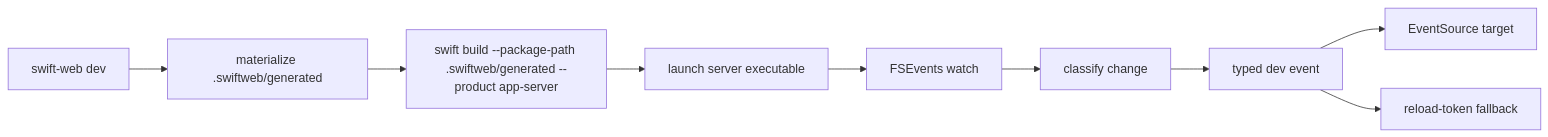
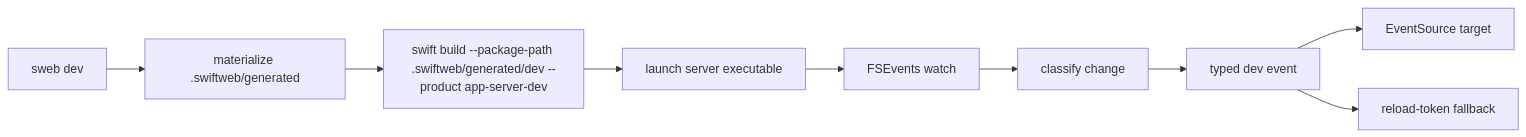
The third of 3 diagrams in Examples/CounterApp/README.md (1amageek/swift-web), drawn with Mermaid before and after one commit. The commit also changed other lines of this file and 24 other files, not shown here.

Commit message:
Rename CLI to sweb and update dev workflow

````diff
--- a/Examples/CounterApp/README.md
+++ b/Examples/CounterApp/README.md
@@ -120,11 +127,11 @@
 ```mermaid
 flowchart LR
-  A["swift-web dev"] --> B["materialize .swiftweb/generated"]
-  B --> C["swift build --package-path .swiftweb/generated --product app-server"]
+  A["sweb dev"] --> B["materialize .swiftweb/generated"]
+  B --> C["swift build --package-path .swiftweb/generated/dev --product app-server-dev"]
   C --> D["launch server executable"]
   D --> E["FSEvents watch"]
   E --> F["classify change"]
   F --> G["typed dev event"]
   G --> H["EventSource target"]
   G --> I["reload-token fallback"]
 ```
````
